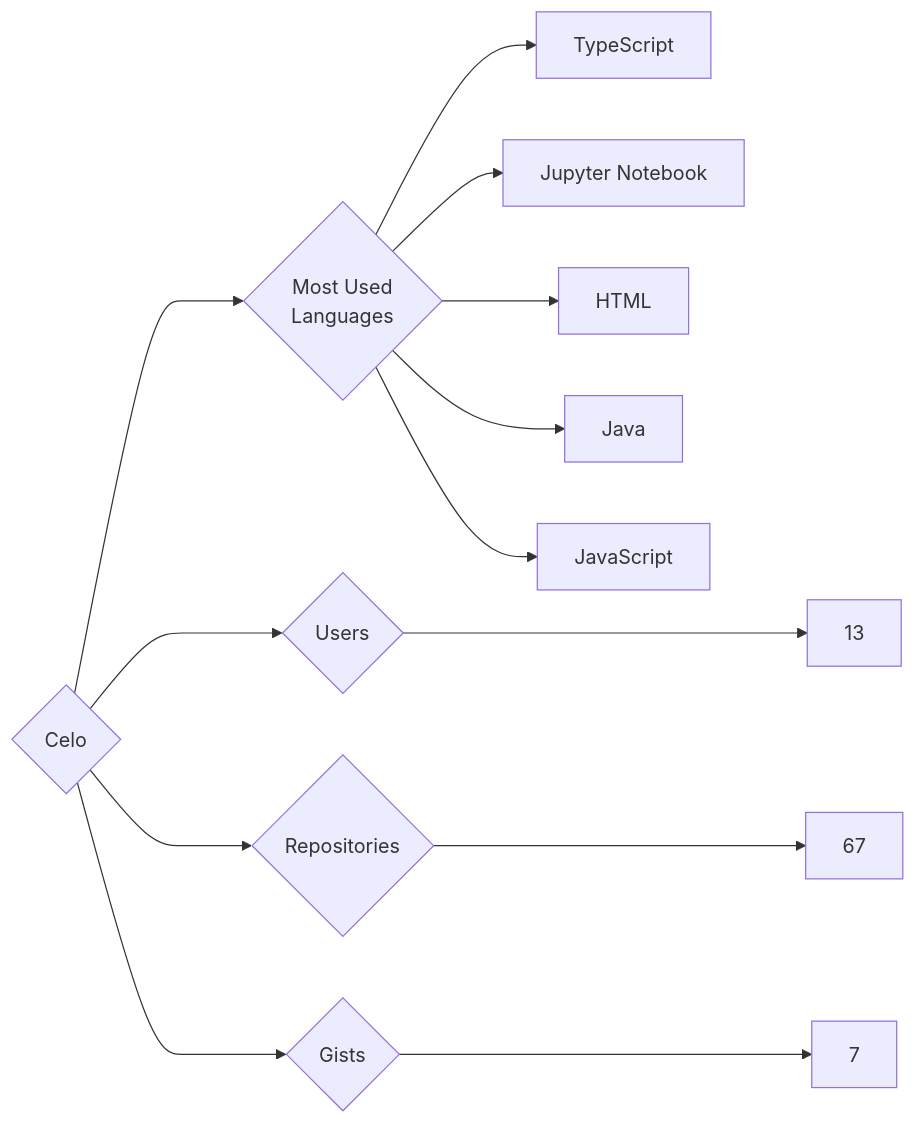
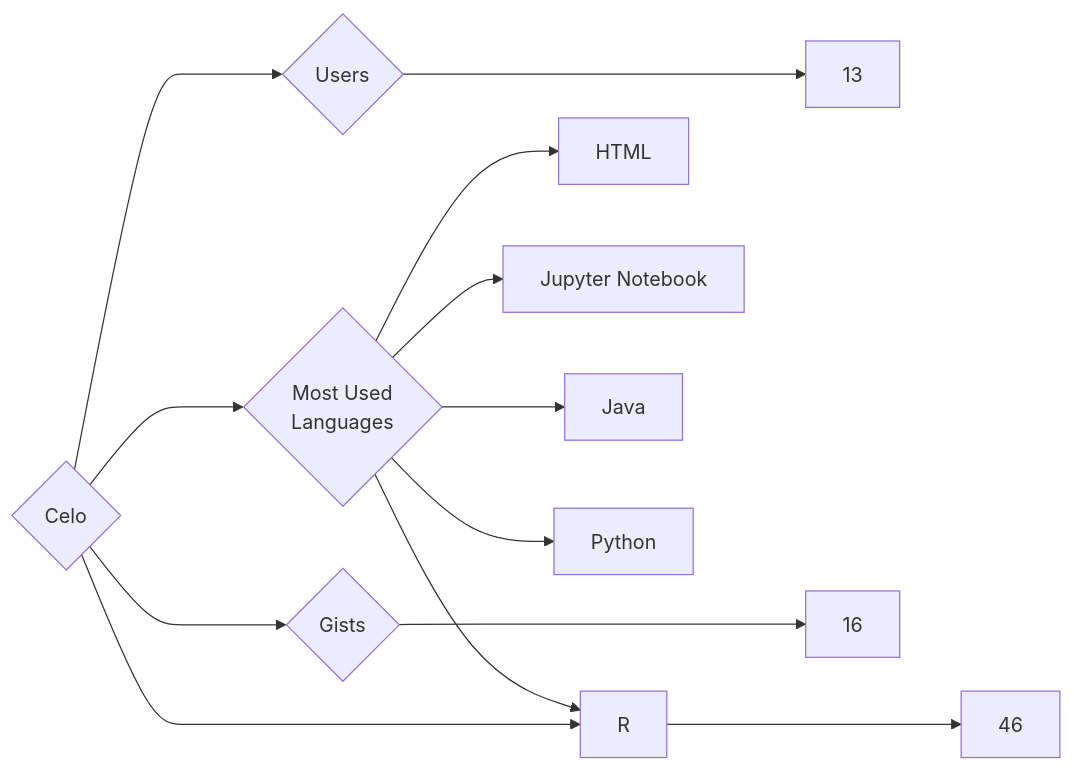
The diagram in targets/Celo/README.md (trickest/insiders), drawn with Mermaid before and after one commit. The commit also changed 715 other files, not shown here.

````diff
--- a/targets/Celo/README.md
+++ b/targets/Celo/README.md
@@ -3,13 +3,13 @@
 ```mermaid
 graph LR
 COMPANY_NAME{Celo}
 COMPANY_NAME ---> U{Users} ---> UN[13]
-COMPANY_NAME ---> R{Repositories} ---> RN[67]
-COMPANY_NAME ---> G{Gists} ---> GN[7]
+COMPANY_NAME ---> R{Repositories} ---> RN[46]
+COMPANY_NAME ---> G{Gists} ---> GN[16]
 COMPANY_NAME ---> ML{Most Used<br>Languages}
-ML --> TypeScript[TypeScript]
+ML --> HTML[HTML]
 ML --> Jupyter_Notebook[Jupyter Notebook]
-ML --> HTML[HTML]
 ML --> Java[Java]
-ML --> JavaScript[JavaScript]
+ML --> R[R]
+ML --> Python[Python]
 ```
````
